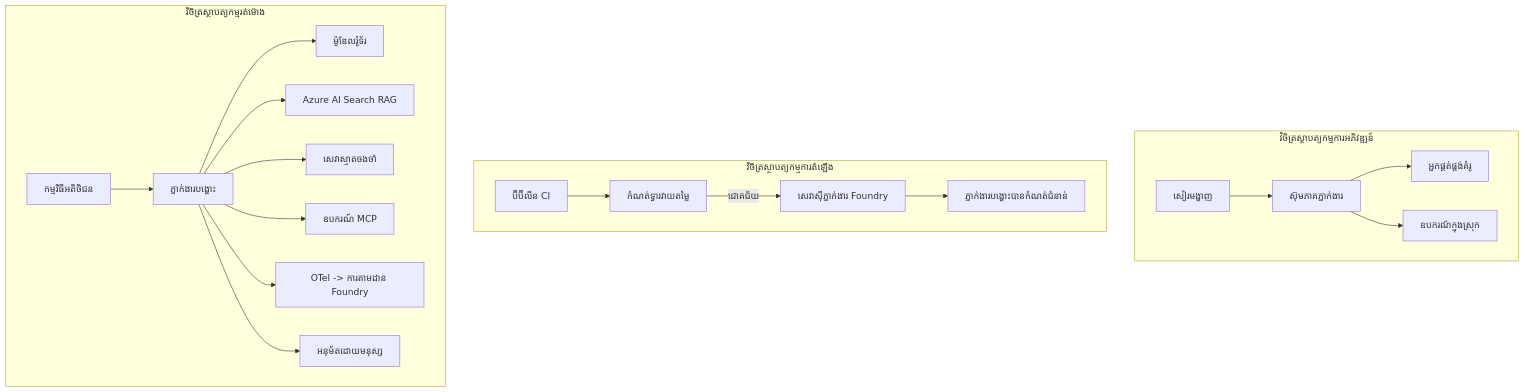
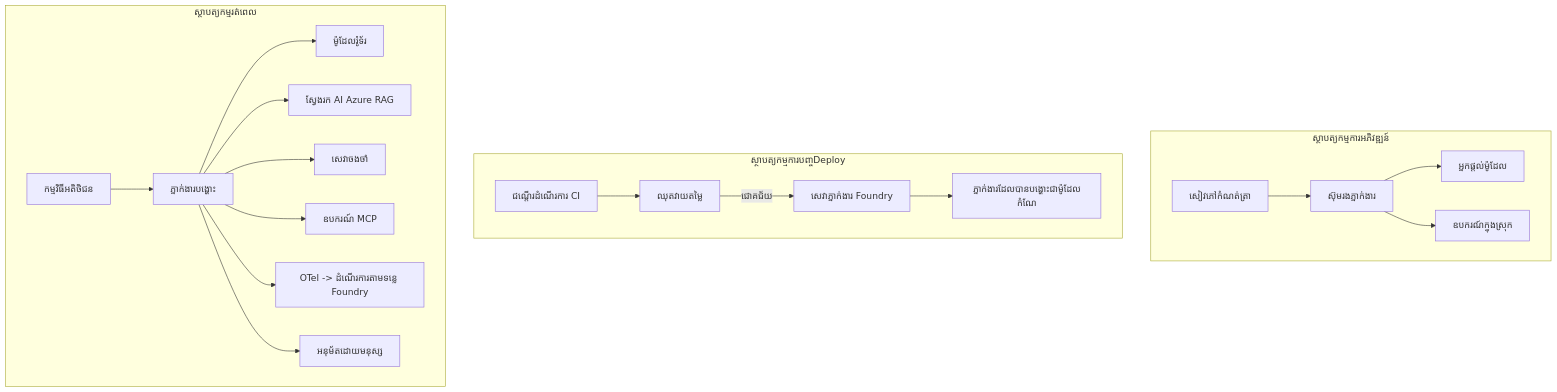
One commit to microsoft/ai-agents-for-beginners changed the fourth of 4 diagrams in translations/km/16-deploying-scalable-agents/README.md. Above: the diagram before and after it, drawn with Mermaid. The commit also changed other lines of this file and 14 other files, not shown here.

````diff
--- a/translations/km/16-deploying-scalable-agents/README.md
+++ b/translations/km/16-deploying-scalable-agents/README.md
@@ -185,22 +185,22 @@
 ```mermaid
 flowchart TB
-    subgraph Dev[វិចិត្រស្ថាបត្យកម្មការអភិវឌ្ឍន៍]
-        D1[សៀរមង្ហាញ] --> D2[ស៊ុមភាគភ្នាក់ងារ]
-        D2 --> D3[អ្នកផ្គត់ផ្គង់គំរូ]
+    subgraph Dev[ស្ថាបត្យកម្មការអភិវឌ្ឍន៍]
+        D1[សៀវភៅកំណត់ត្រា] --> D2[ស៊ុមរងភ្នាក់ងារ]
+        D2 --> D3[អ្នកផ្តល់ម៉ូដែល]
         D2 --> D4[ឧបករណ៍ក្នុងស្រុក]
     end
-    subgraph Deploy[វិចិត្រស្ថាបត្យកម្មការតំឡើង]
-        E1[ប៊ីប៊ីលីន CI] --> E2[កំណត់ទ្វារវាយតម្លៃ]
-        E2 -->|ជោគជ័យ| E3[សេវាស៊ីភ្នាក់ងារ Foundry]
-        E3 --> E4[ភ្នាក់ងារបង្ហោះបានកំណត់ជំនាន់]
+    subgraph Deploy[ស្ថាបត្យកម្មការបញ្ចDeploy]
+        E1[ជណ្តើរដំណើរការ CI] --> E2[ឈុតវាយតម្លៃ]
+        E2 -->|ជោគជ័យ| E3[សេវាភ្នាក់ងារ Foundry]
+        E3 --> E4[ភ្នាក់ងារដែលបានបង្ហោះជាម៉ូដែលកំណែ]
     end
-    subgraph Run[វិចិត្រស្ថាបត្យកម្មរត់ម៉ោង]
+    subgraph Run[ស្ថាបត្យកម្មរត់ពេល]
         F1[កម្មវិធីអតិថិជន] --> F2[ភ្នាក់ងារបង្ហោះ]
-        F2 --> F3[ម៉ូឌែលរ៉ូទ័រ]
-        F2 --> F4[Azure AI Search RAG]
-        F2 --> F5[សេវាស្មាតចងចាំ]
+        F2 --> F3[ម៉ូដែលរ៉ូទ័រ]
+        F2 --> F4[ស្វែងរក AI Azure RAG]
+        F2 --> F5[សេវាចងចាំ]
         F2 --> F6[ឧបករណ៍ MCP]
-        F2 --> F7[OTel -> ការតាមដាន Foundry]
+        F2 --> F7[OTel -> ដំណើរការតាមទន្លេ Foundry]
         F2 --> F8[អនុម័តដោយមនុស្ស]
     end
 ```
````
